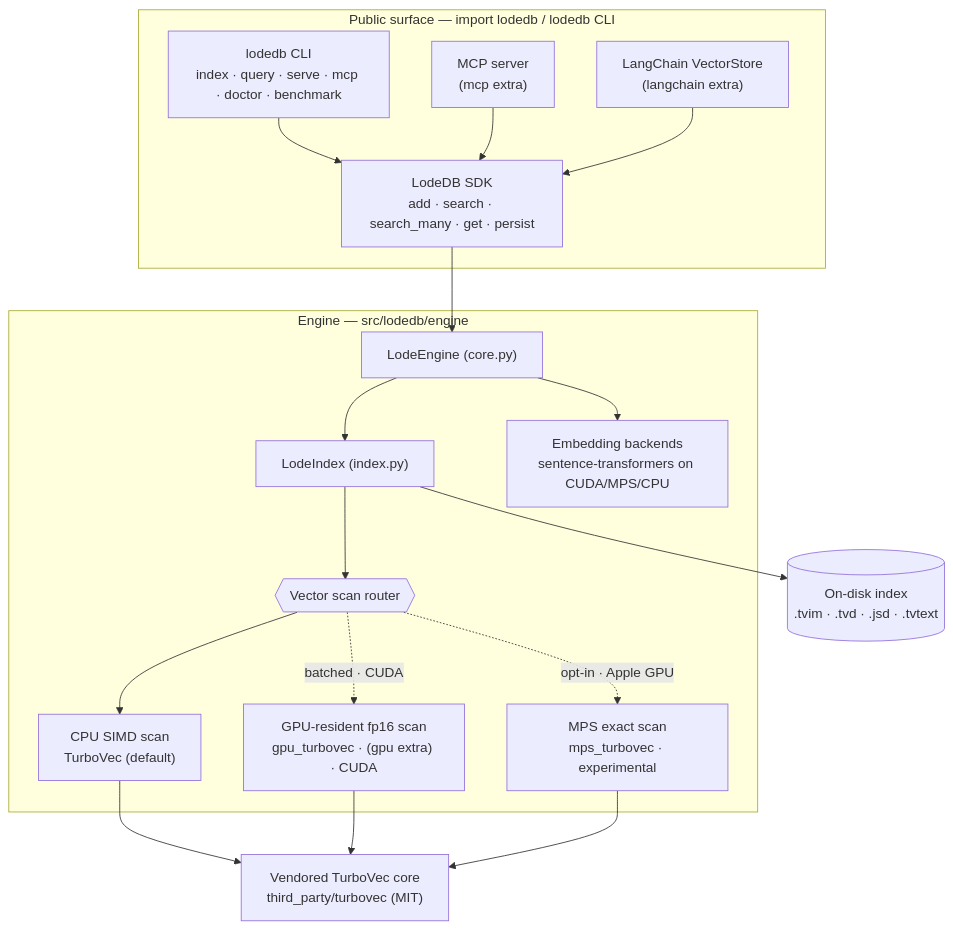
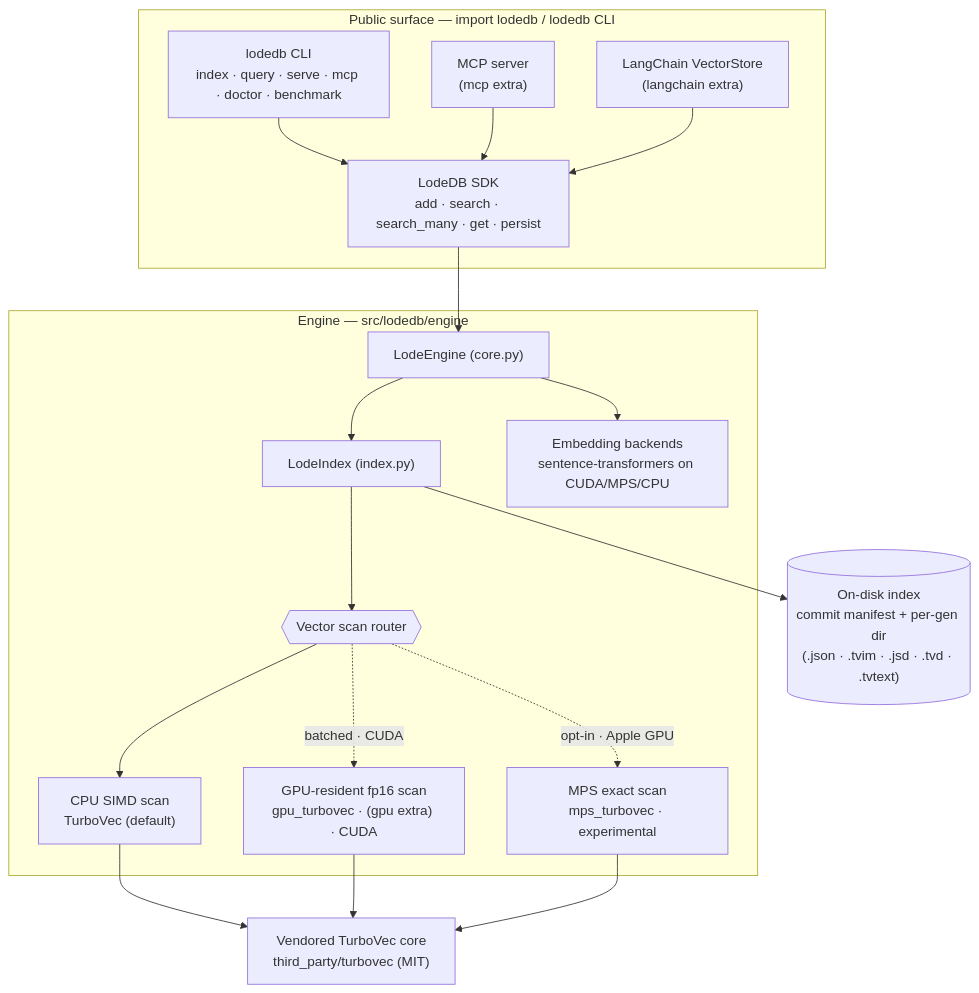
One commit to Egoist-Machines/LodeDB changed the first of 2 diagrams in docs/architecture.md. Above: the diagram before and after it, drawn with Mermaid. The commit also changed other lines of this file and 8 other files, not shown here.

````diff
--- a/docs/architecture.md
+++ b/docs/architecture.md
@@ -5,35 +5,35 @@
 ```mermaid
 flowchart TB
   subgraph API["Public surface — import lodedb / lodedb CLI"]
     SDK["LodeDB SDK<br/>add · search · search_many · get · persist"]
     CLI["lodedb CLI<br/>index · query · serve · mcp · doctor · benchmark"]
     MCP["MCP server<br/>(mcp extra)"]
     LC["LangChain VectorStore<br/>(langchain extra)"]
   end
   subgraph ENG["Engine — src/lodedb/engine"]
     CORE["LodeEngine (core.py)"]
     IDX["LodeIndex (index.py)"]
     EMB["Embedding backends<br/>sentence-transformers on CUDA/MPS/CPU"]
     SCAN{{"Vector scan router"}}
     CPU["CPU SIMD scan<br/>TurboVec (default)"]
     GPU["GPU-resident fp16 scan<br/>gpu_turbovec · (gpu extra) · CUDA"]
     MPSS["MPS exact scan<br/>mps_turbovec · experimental"]
   end
   TV["Vendored TurboVec core<br/>third_party/turbovec (MIT)"]
-  DISK[("On-disk index<br/>.tvim · .tvd · .jsd · .tvtext")]
+  DISK[("On-disk index<br/>commit manifest + per-gen dir<br/>(.json · .tvim · .jsd · .tvd · .tvtext)")]
 
   CLI --> SDK
   MCP --> SDK
   LC --> SDK
   SDK --> CORE
   CORE --> EMB
   CORE --> IDX
   IDX --> SCAN
   SCAN --> CPU
   SCAN -.->|"batched · CUDA"| GPU
   SCAN -.->|"opt-in · Apple GPU"| MPSS
   CPU --> TV
   GPU --> TV
   MPSS --> TV
   IDX --> DISK
 ```
````
